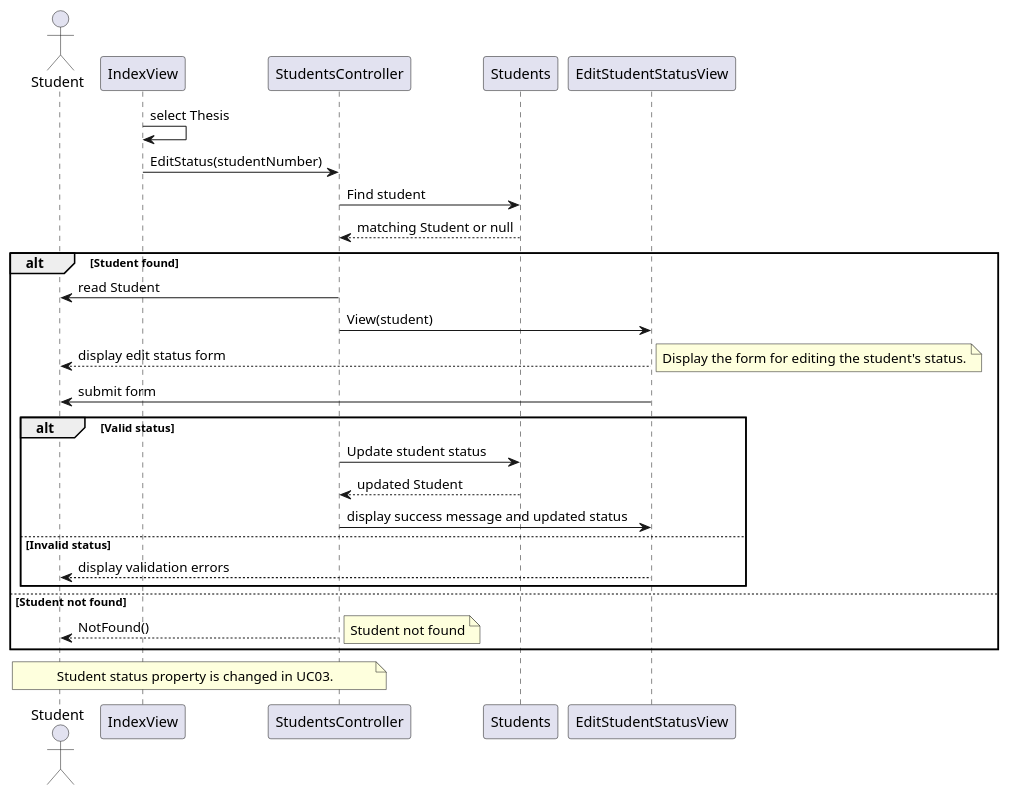
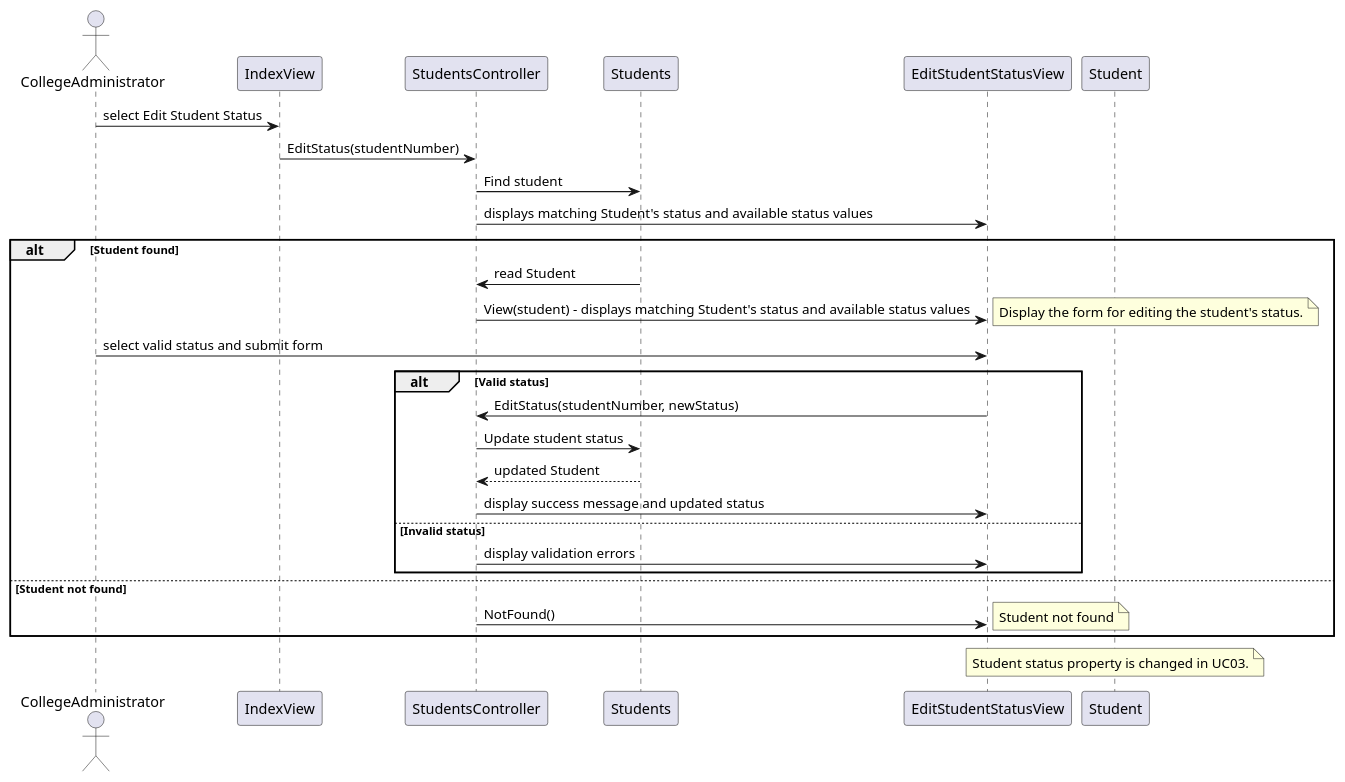
Before and after one commit to oknabeelah/Software-Architecture-and-Design: the diagram in week2-sequence-diagram-UC3.puml, drawn with PlantUML. The commit also changed 2 other files, not shown here.

Commit message:
completed sequence diagrams UC03, UC04, UC05

```diff
--- a/week2-sequence-diagram-UC3.puml
+++ b/week2-sequence-diagram-UC3.puml
@@ -2,41 +2,42 @@
 @startuml
 
-actor Student
+actor CollegeAdministrator
 participant IndexView
 participant StudentsController
 participant Students
 participant EditStudentStatusView
 
 
-IndexView -> IndexView : select Thesis
+CollegeAdministrator -> IndexView : select Edit Student Status
 IndexView -> StudentsController : EditStatus(studentNumber)
 StudentsController -> Students : Find student
-Students --> StudentsController : matching Student or null
+' Students or StudentsController ?
+StudentsController -> EditStudentStatusView : displays matching Student's status and available status values
 
 alt Student found
-    StudentsController -> Student : read Student
-    StudentsController -> EditStudentStatusView : View(student)
-    EditStudentStatusView --> Student : display edit status form
+    Students -> StudentsController: read Student
+    StudentsController -> EditStudentStatusView : View(student) - displays matching Student's status and available status values
     note right
         Display the form for editing the student's status.
     end note
-    EditStudentStatusView -> Student : submit form
+    CollegeAdministrator -> EditStudentStatusView : select valid status and submit form
     alt Valid status
+        EditStudentStatusView -> StudentsController : EditStatus(studentNumber, newStatus)
         StudentsController -> Students : Update student status
         Students --> StudentsController : updated Student
         StudentsController -> EditStudentStatusView : display success message and updated status
     else Invalid status
-        EditStudentStatusView --> Student : display validation errors
+        StudentsController -> EditStudentStatusView: display validation errors
     end
 else Student not found
-    StudentsController --> Student : NotFound()
+    StudentsController -> EditStudentStatusView : NotFound()
     note right
         Student not found
     end note
 end
 
-note over StudentsController,Student
+note over Student
     Student status property is changed in UC03.
 end note
 
 @enduml
```
